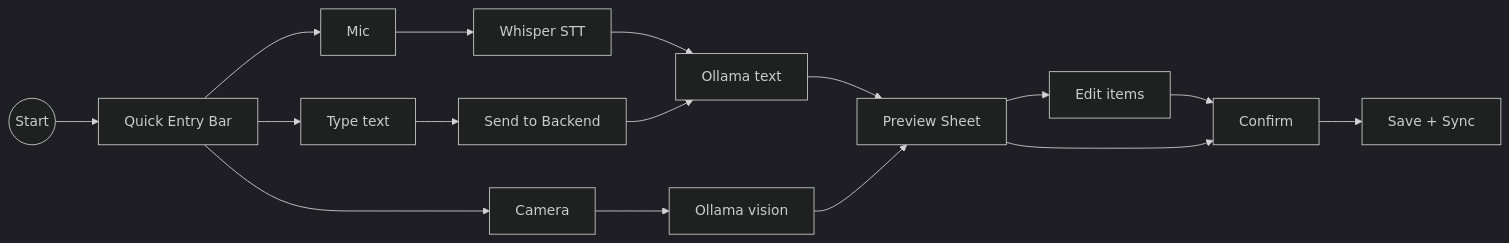
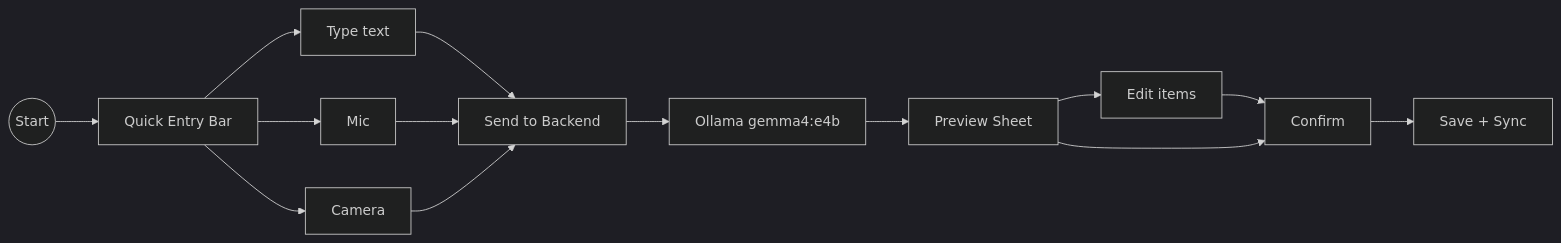
The eighth of 9 diagrams in docs/architecture.md (LStudioO/skilky-money-tracker), drawn with Mermaid (dark theme) before and after one commit. The commit also changed other lines of this file and 1 other file, not shown here.

First line of the commit message:
Correct architecture and data-model docs to match the code.

````diff
--- a/docs/architecture.md
+++ b/docs/architecture.md
@@ -375,36 +374,33 @@
 ```mermaid
 flowchart LR
     START((Start))
     INPUT[Quick Entry Bar]
     TEXT[Type text]
     MIC[Mic]
     CAM[Camera]
 
     SEND[Send to Backend]
-    WHISPER[Whisper STT]
-    OLLAMA_T[Ollama text]
-    OLLAMA_V[Ollama vision]
+    OLLAMA[Ollama gemma4:e4b]
 
     PREVIEW[Preview Sheet]
     EDIT[Edit items]
     CONFIRM[Confirm]
     SAVE[Save + Sync]
 
     START --> INPUT
     INPUT --> TEXT
     INPUT --> MIC
     INPUT --> CAM
 
     TEXT --> SEND
-    MIC --> WHISPER --> OLLAMA_T
-    SEND --> OLLAMA_T
-    CAM --> OLLAMA_V
+    MIC --> SEND
+    CAM --> SEND
+    SEND --> OLLAMA
 
-    OLLAMA_T --> PREVIEW
-    OLLAMA_V --> PREVIEW
+    OLLAMA --> PREVIEW
 
     PREVIEW --> EDIT
     EDIT --> CONFIRM
     PREVIEW --> CONFIRM
     CONFIRM --> SAVE
 ```
````
